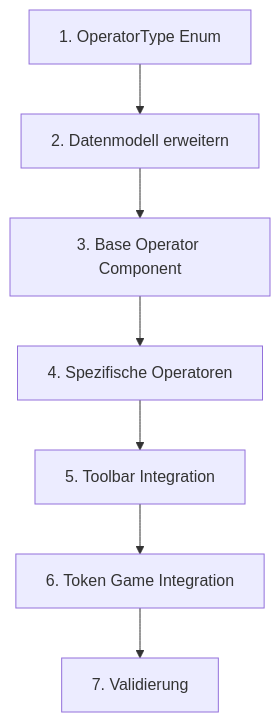
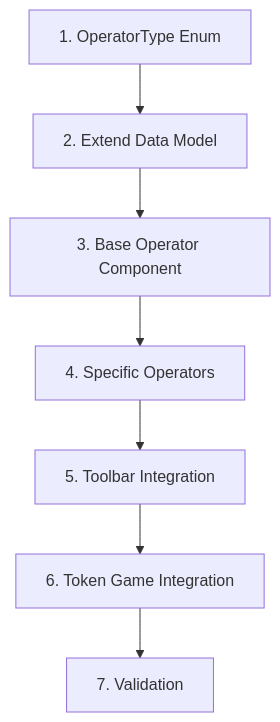
Before and after one commit to woped/woped-next: the sixth of 6 diagrams in docs/migration/02-workflow-operators.md, drawn with Mermaid. The commit also changed other lines of this file and 24 other files, not shown here.

````diff
--- a/docs/migration/02-workflow-operators.md
+++ b/docs/migration/02-workflow-operators.md
@@ -194,9 +194,9 @@
 ```mermaid
 flowchart TD
-    S1[1. OperatorType Enum] --> S2[2. Datenmodell erweitern]
+    S1[1. OperatorType Enum] --> S2[2. Extend Data Model]
     S2 --> S3[3. Base Operator Component]
-    S3 --> S4[4. Spezifische Operatoren]
+    S3 --> S4[4. Specific Operators]
     S4 --> S5[5. Toolbar Integration]
     S5 --> S6[6. Token Game Integration]
-    S6 --> S7[7. Validierung]
+    S6 --> S7[7. Validation]
 ```
````
